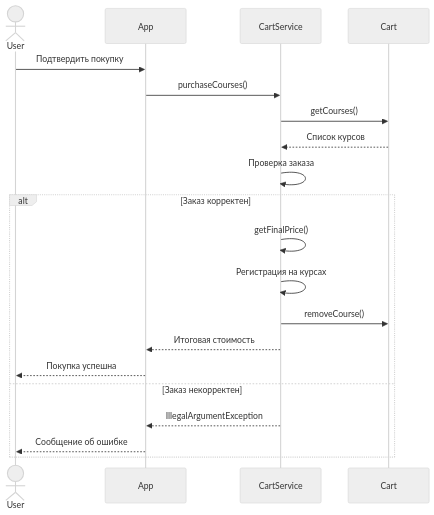
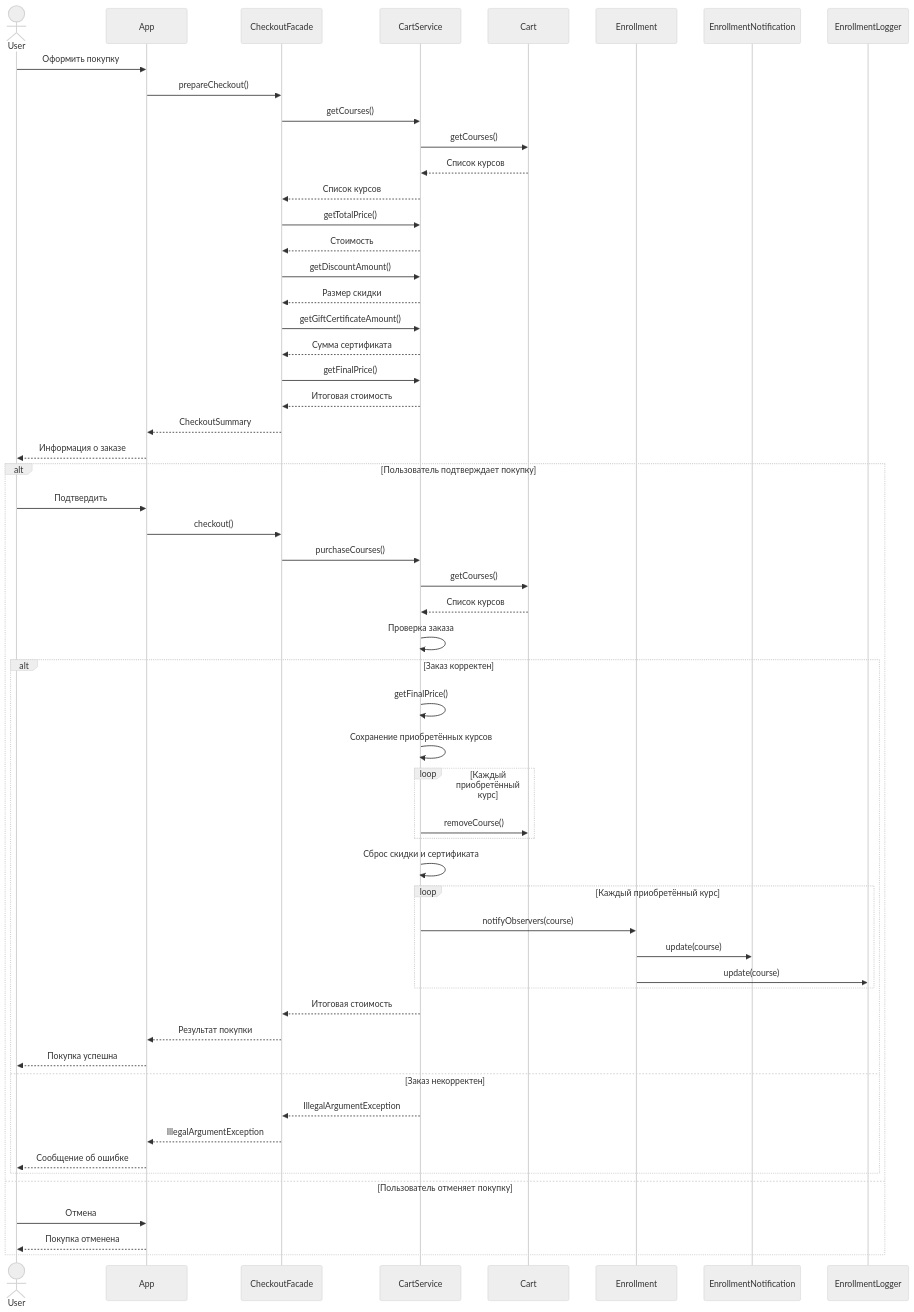
Before and after one commit to extwel/LinguaHub: the sixth of 6 diagrams in README.md, drawn with Mermaid (neutral theme). The commit also changed other lines of this file, not shown here.

Commit message:
docs: M2-09 update UML diagrams and README

````diff
--- a/README.md
+++ b/README.md
@@ -152,24 +453,75 @@
 ```mermaid
 sequenceDiagram
     actor User
     participant App
+    participant CheckoutFacade
     participant CartService
     participant Cart
+    participant Enrollment
+    participant Notification as EnrollmentNotification
+    participant Logger as EnrollmentLogger
 
-    User->>App: Подтвердить покупку
-    App->>CartService: purchaseCourses()
+    User->>App: Оформить покупку
+    App->>CheckoutFacade: prepareCheckout()
+
+    CheckoutFacade->>CartService: getCourses()
     CartService->>Cart: getCourses()
     Cart-->>CartService: Список курсов
-    CartService->>CartService: Проверка заказа
+    CartService-->>CheckoutFacade: Список курсов
 
-    alt Заказ корректен
-        CartService->>CartService: getFinalPrice()
-        CartService->>CartService: Регистрация на курсах
-        CartService->>Cart: removeCourse()
-        CartService-->>App: Итоговая стоимость
-        App-->>User: Покупка успешна
-    else Заказ некорректен
-        CartService-->>App: IllegalArgumentException
-        App-->>User: Сообщение об ошибке
+    CheckoutFacade->>CartService: getTotalPrice()
+    CartService-->>CheckoutFacade: Стоимость
+
+    CheckoutFacade->>CartService: getDiscountAmount()
+    CartService-->>CheckoutFacade: Размер скидки
+
+    CheckoutFacade->>CartService: getGiftCertificateAmount()
+    CartService-->>CheckoutFacade: Сумма сертификата
+
+    CheckoutFacade->>CartService: getFinalPrice()
+    CartService-->>CheckoutFacade: Итоговая стоимость
+
+    CheckoutFacade-->>App: CheckoutSummary
+    App-->>User: Информация о заказе
+
+    alt Пользователь подтверждает покупку
+        User->>App: Подтвердить
+        App->>CheckoutFacade: checkout()
+        CheckoutFacade->>CartService: purchaseCourses()
+
+        CartService->>Cart: getCourses()
+        Cart-->>CartService: Список курсов
+
+        CartService->>CartService: Проверка заказа
+
+        alt Заказ корректен
+            CartService->>CartService: getFinalPrice()
+            CartService->>CartService: Сохранение приобретённых курсов
+
+            loop Каждый приобретённый курс
+                CartService->>Cart: removeCourse()
+            end
+
+            CartService->>CartService: Сброс скидки и сертификата
+
+            loop Каждый приобретённый курс
+                CartService->>Enrollment: notifyObservers(course)
+                Enrollment->>Notification: update(course)
+                Enrollment->>Logger: update(course)
+            end
+
+            CartService-->>CheckoutFacade: Итоговая стоимость
+            CheckoutFacade-->>App: Результат покупки
+            App-->>User: Покупка успешна
+
+        else Заказ некорректен
+            CartService-->>CheckoutFacade: IllegalArgumentException
+            CheckoutFacade-->>App: IllegalArgumentException
+            App-->>User: Сообщение об ошибке
+        end
+
+    else Пользователь отменяет покупку
+        User->>App: Отмена
+        App-->>User: Покупка отменена
     end
 ```
````
